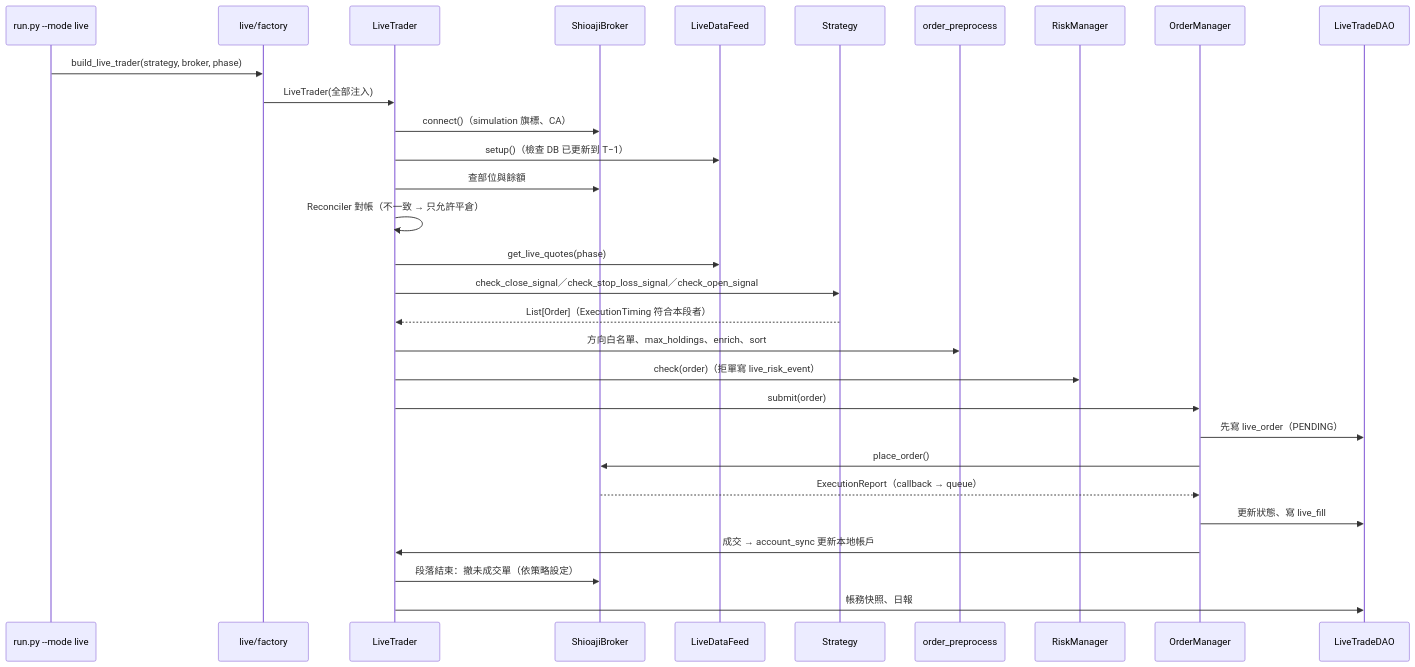
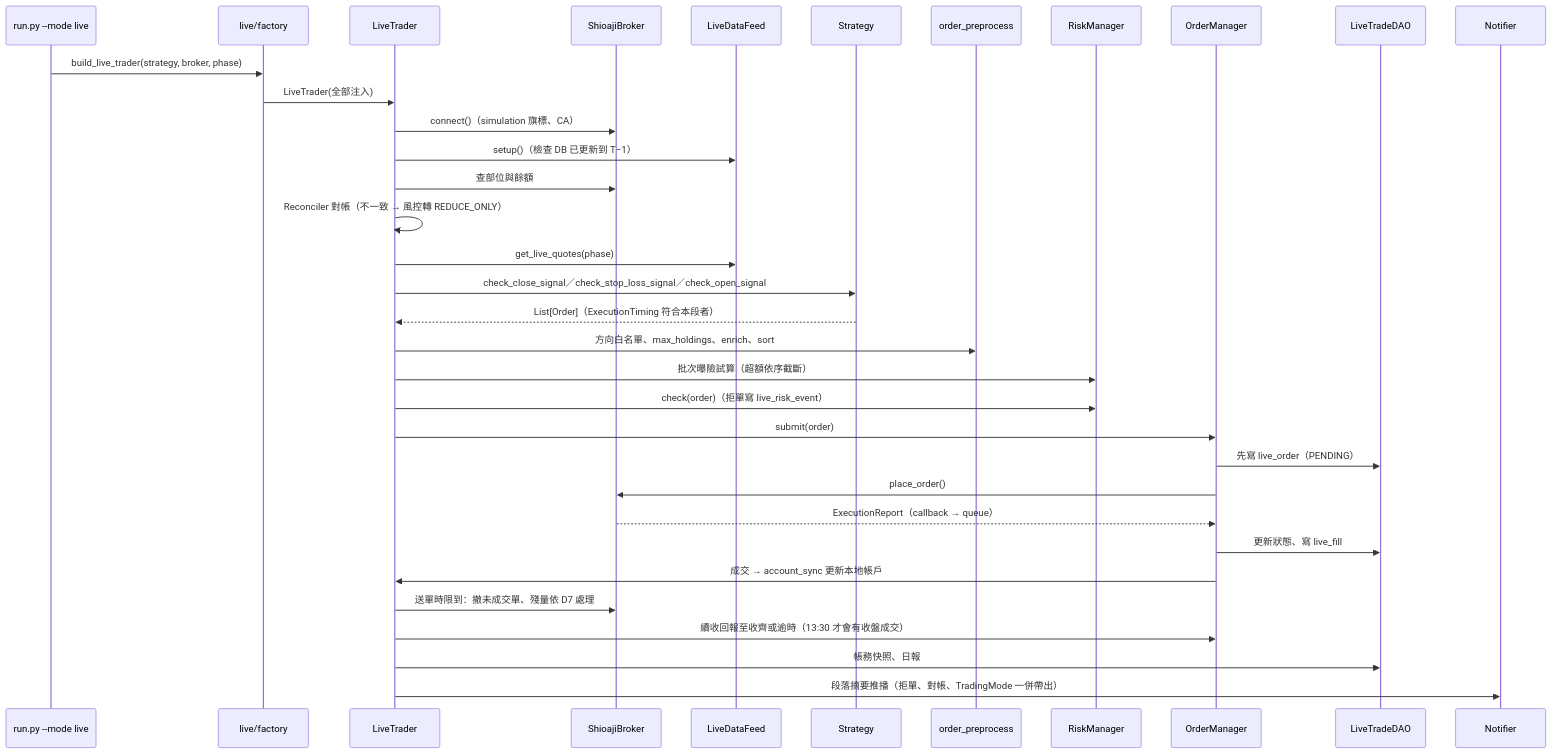
The diagram in backlog/實盤下單架構規劃.md (NYFund/alphaedge), drawn with Mermaid before and after one commit. The commit also changed other lines of this file and 11 other files, not shown here.

````diff
--- a/backlog/實盤下單架構規劃.md
+++ b/backlog/實盤下單架構規劃.md
@@ -220,33 +253,37 @@
 ```mermaid
 sequenceDiagram
     participant CLI as run.py --mode live
     participant F as live/factory
     participant T as LiveTrader
     participant B as ShioajiBroker
     participant Feed as LiveDataFeed
     participant S as Strategy
     participant Pre as order_preprocess
     participant R as RiskManager
     participant O as OrderManager
     participant DB as LiveTradeDAO
+    participant N as Notifier
 
     CLI->>F: build_live_trader(strategy, broker, phase)
     F->>T: LiveTrader(全部注入)
     T->>B: connect()（simulation 旗標、CA）
     T->>Feed: setup()（檢查 DB 已更新到 T−1）
     T->>B: 查部位與餘額
-    T->>T: Reconciler 對帳（不一致 → 只允許平倉）
+    T->>T: Reconciler 對帳（不一致 → 風控轉 REDUCE_ONLY）
     T->>Feed: get_live_quotes(phase)
     T->>S: check_close_signal／check_stop_loss_signal／check_open_signal
     S-->>T: List[Order]（ExecutionTiming 符合本段者）
     T->>Pre: 方向白名單、max_holdings、enrich、sort
+    T->>R: 批次曝險試算（超額依序截斷）
     T->>R: check(order)（拒單寫 live_risk_event）
     T->>O: submit(order)
     O->>DB: 先寫 live_order（PENDING）
     O->>B: place_order()
     B-->>O: ExecutionReport（callback → queue）
     O->>DB: 更新狀態、寫 live_fill
     O->>T: 成交 → account_sync 更新本地帳戶
-    T->>B: 段落結束：撤未成交單（依策略設定）
+    T->>B: 送單時限到：撤未成交單、殘量依 D7 處理
+    T->>O: 續收回報至收齊或逾時（13:30 才會有收盤成交）
     T->>DB: 帳務快照、日報
+    T->>N: 段落摘要推播（拒單、對帳、TradingMode 一併帶出）
 ```
````
